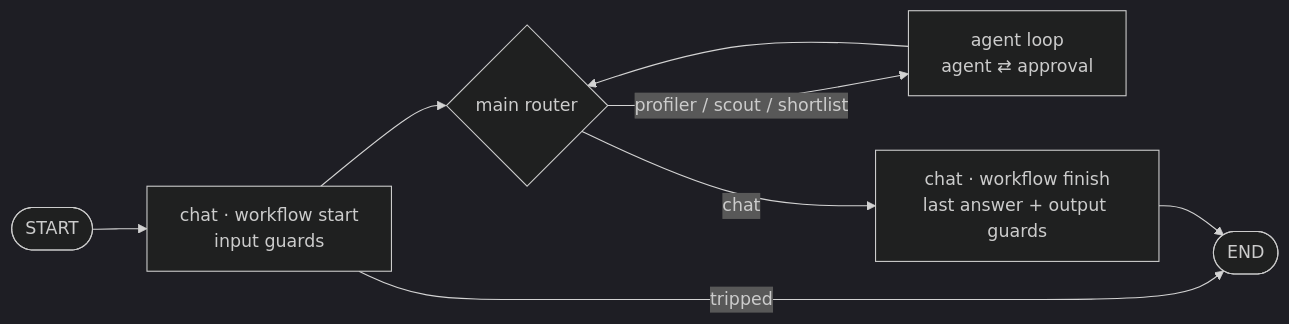
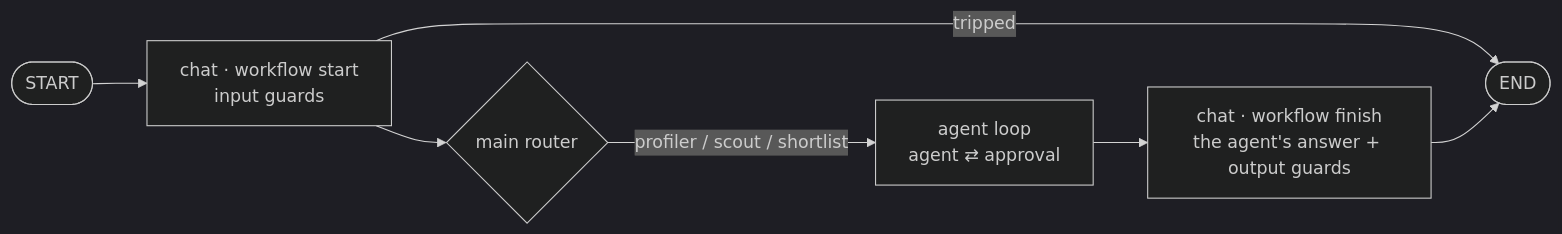
Before and after one commit to PavelRavvich/agbossjs: the diagram in Architecture.md, drawn with Mermaid (dark theme). The commit also changed other lines of this file and 32 other files, not shown here.

First line of the commit message:
docs(#272): the flow as paths — Workflow, Path scope, Rollback, ADR-0019, routing, components, agents, CLI, changelog

````diff
--- a/Architecture.md
+++ b/Architecture.md
@@ -10,9 +11,8 @@
 ```mermaid
 flowchart LR
   S([START]) --> CE[chat · workflow start<br/>input guards]
   CE -- tripped --> E([END])
   CE --> R{main router}
   R -- profiler / scout / shortlist --> A[agent loop<br/>agent ⇄ approval]
-  A --> R
-  R -- chat --> C[chat · workflow finish<br/>last answer + output guards] --> E
+  A --> C[chat · workflow finish<br/>the agent's answer + output guards] --> E
 ```
````
